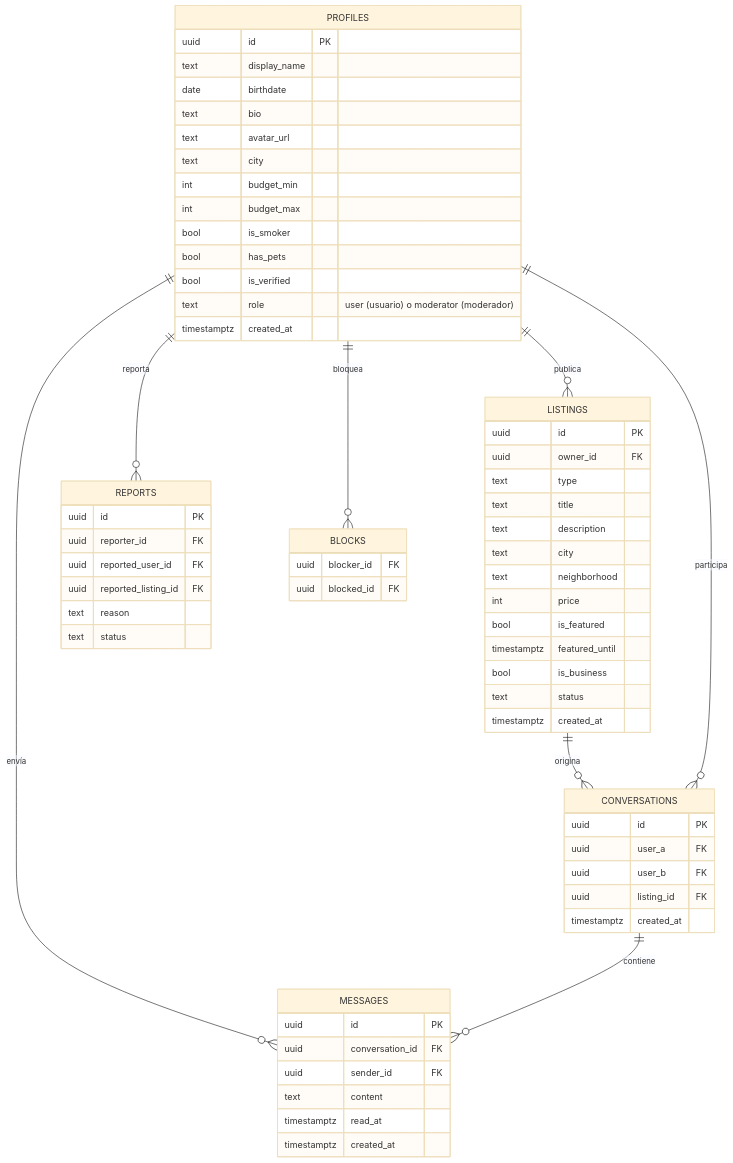
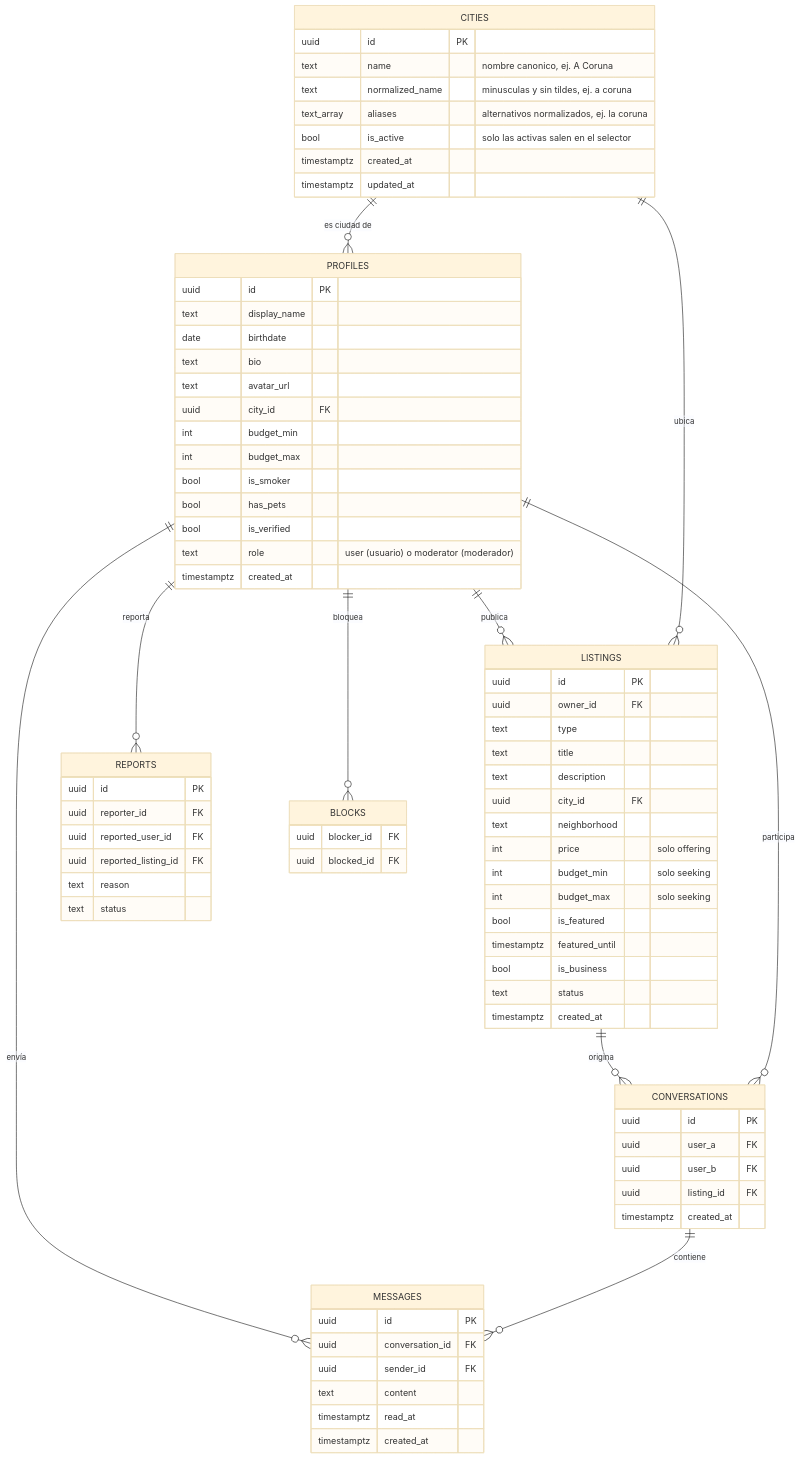
The diagram in docs/03-modelo-de-datos.md (Fern1x17/room2gether), drawn with Mermaid (base theme) before and after one commit. The commit also changed other lines of this file and 38 other files, not shown here.

````diff
--- a/docs/03-modelo-de-datos.md
+++ b/docs/03-modelo-de-datos.md
@@ -13,6 +13,8 @@
     CONVERSATIONS ||--o{ MESSAGES : "contiene"
     PROFILES ||--o{ CONVERSATIONS : "participa"
     PROFILES ||--o{ BLOCKS : "bloquea"
+    CITIES ||--o{ PROFILES : "es ciudad de"
+    CITIES ||--o{ LISTINGS : "ubica"
 
     PROFILES {
         uuid id PK
@@ -20,7 +22,7 @@
         date birthdate
         text bio
         text avatar_url
-        text city
+        uuid city_id FK
         int budget_min
         int budget_max
         bool is_smoker
@@ -36,9 +38,11 @@
         text type
         text title
         text description
-        text city
+        uuid city_id FK
         text neighborhood
-        int price
+        int price "solo offering"
+        int budget_min "solo seeking"
+        int budget_max "solo seeking"
         bool is_featured
         timestamptz featured_until
         bool is_business
@@ -76,4 +80,14 @@
         uuid blocker_id FK
         uuid blocked_id FK
     }
+
+    CITIES {
+        uuid id PK
+        text name "nombre canonico, ej. A Coruna"
+        text normalized_name "minusculas y sin tildes, ej. a coruna"
+        text_array aliases "alternativos normalizados, ej. la coruna"
+        bool is_active "solo las activas salen en el selector"
+        timestamptz created_at
+        timestamptz updated_at
+    }
 ```
````
